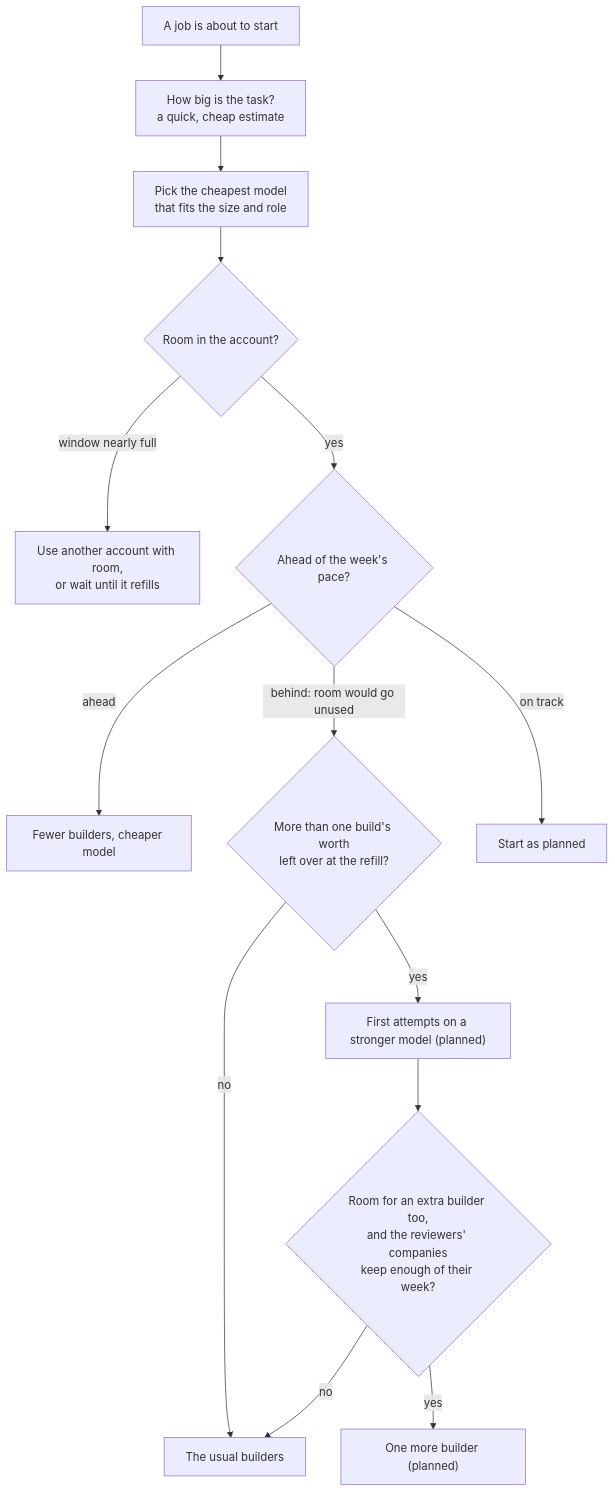
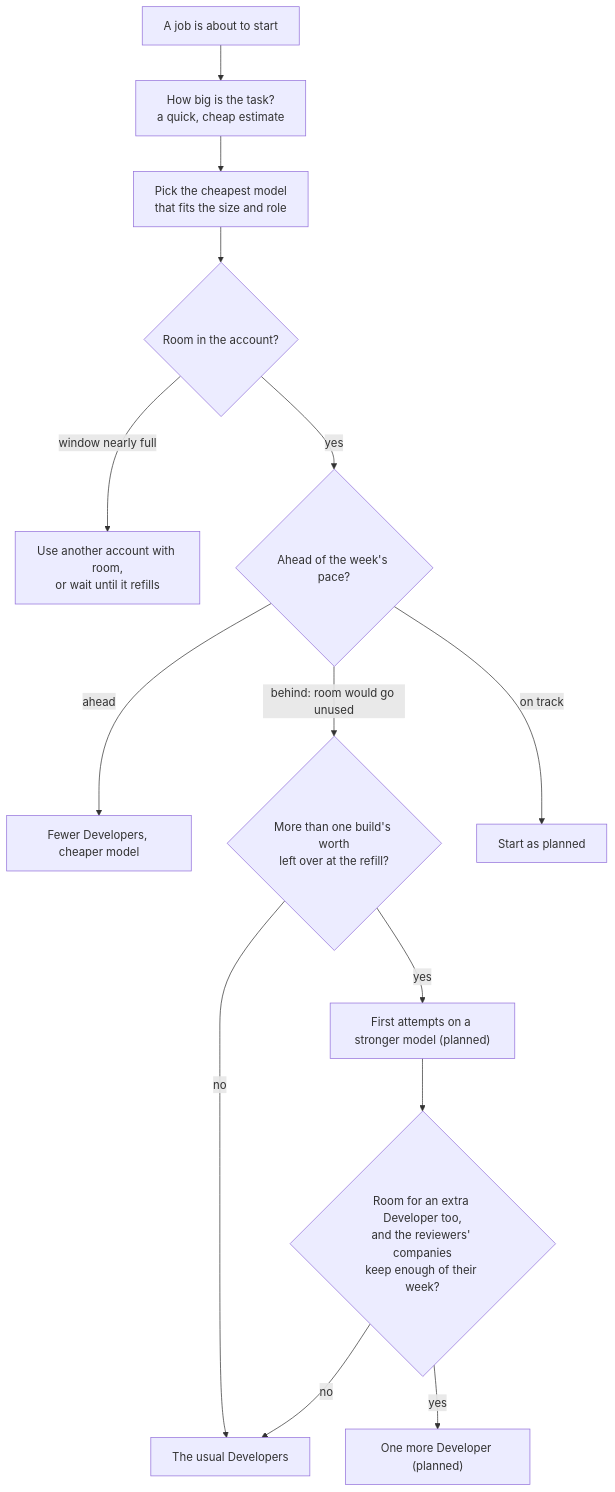
Before and after one commit to shinyredapples/intakt: the diagram in docs/guide/accounts-and-costs.md, drawn with Mermaid. The commit also changed other lines of this file and 22 other files, not shown here.

````diff
--- a/docs/guide/accounts-and-costs.md
+++ b/docs/guide/accounts-and-costs.md
@@ -27,16 +27,16 @@
 ```mermaid
 flowchart TD
   job[A job is about to start] --> size[How big is the task?<br/>a quick, cheap estimate]
   size --> model[Pick the cheapest model<br/>that fits the size and role]
   model --> room{Room in the account?}
   room -- "window nearly full" --> wait[Use another account with room,<br/>or wait until it refills]
   room -- yes --> pace{Ahead of the week's pace?}
-  pace -- ahead --> less[Fewer builders, cheaper model]
+  pace -- ahead --> less[Fewer Developers, cheaper model]
   pace -- "behind: room would go unused" --> left{"More than one build's worth<br/>left over at the refill?"}
   left -- no --> same
   left -- yes --> strong["First attempts on a stronger model (planned)"]
-  strong --> extra{"Room for an extra builder too,<br/>and the reviewers' companies<br/>keep enough of their week?"}
-  extra -- yes --> more["One more builder (planned)"]
-  extra -- no --> same[The usual builders]
+  strong --> extra{"Room for an extra Developer too,<br/>and the reviewers' companies<br/>keep enough of their week?"}
+  extra -- yes --> more["One more Developer (planned)"]
+  extra -- no --> same[The usual Developers]
   pace -- on track --> go[Start as planned]
 ```
````
